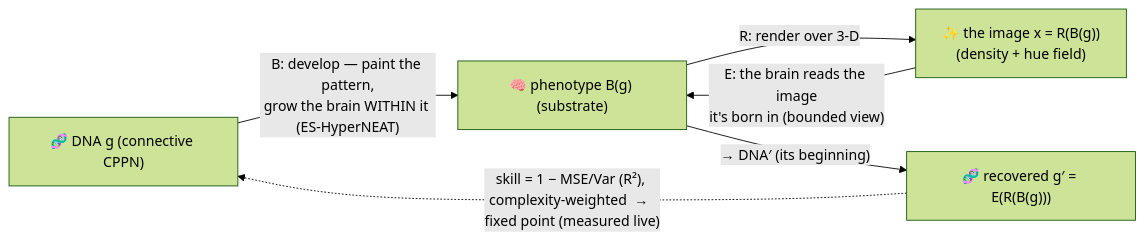
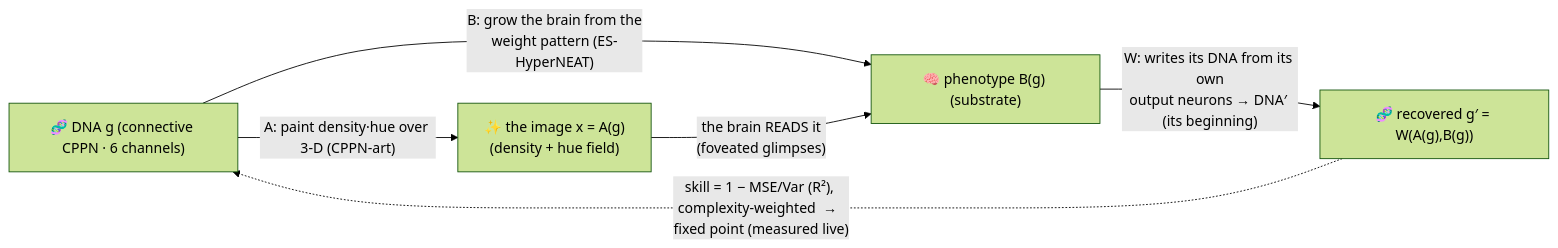
Before and after one commit to admiralakber/autograph: the diagram in docs/WHITEPAPER.md, drawn with Mermaid (forest theme). The commit also changed other lines of this file, not shown here.

First line of the commit message:
docs(v9): reconcile WHITEPAPER to the clean architecture

````diff
--- a/docs/WHITEPAPER.md
+++ b/docs/WHITEPAPER.md
@@ -77,8 +77,8 @@
 ```mermaid
 flowchart LR
-  G["🧬 DNA g (connective CPPN)"] -->|"B: develop — paint the pattern,<br/>grow the brain WITHIN it (ES-HyperNEAT)"| P["🧠 phenotype B(g) (substrate)"]
-  P -->|"R: render over 3-D"| X["✨ the image x = R(B(g))<br/>(density + hue field)"]
-  X -->|"E: the brain reads the image<br/>it's born in (bounded view)"| P
-  P -->|"→ DNA′ (its beginning)"| G2["🧬 recovered g′ = E(R(B(g)))"]
+  G["🧬 DNA g (connective CPPN · 6 channels)"] -->|"A: paint density·hue over 3-D (CPPN-art)"| X["✨ the image x = A(g)<br/>(density + hue field)"]
+  G -->|"B: grow the brain from the<br/>weight pattern (ES-HyperNEAT)"| P["🧠 phenotype B(g) (substrate)"]
+  X -->|"the brain READS it<br/>(foveated glimpses)"| P
+  P -->|"W: writes its DNA from its own<br/>output neurons → DNA′ (its beginning)"| G2["🧬 recovered g′ = W(A(g),B(g))"]
   G2 -. "skill = 1 − MSE/Var (R²), complexity-weighted  →  fixed point (measured live)" .-> G
 ```
````
